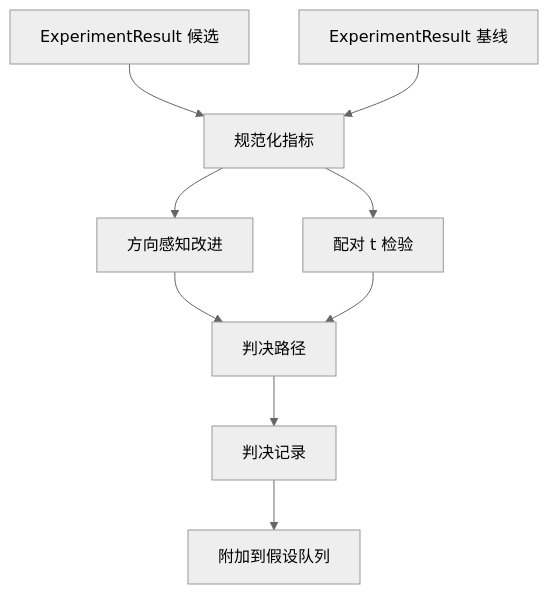
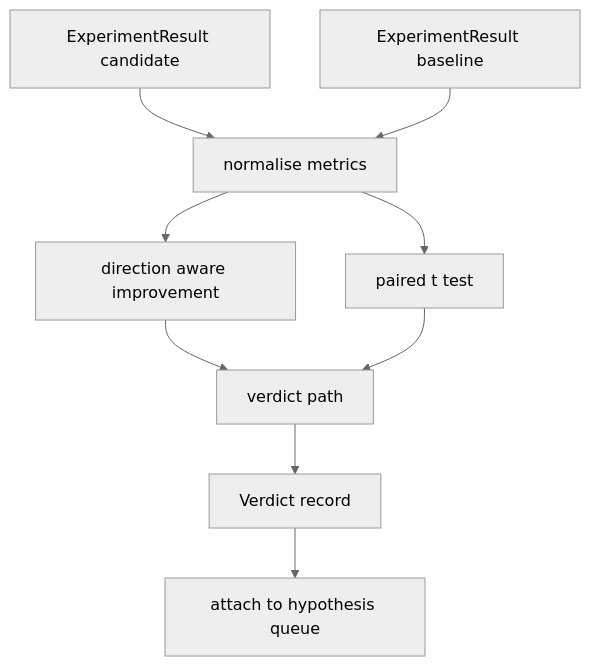
The diagram in i18n/zh/phases/19-capstone-projects/53-result-evaluator/docs/zh.md (xiaojiaenen/ai-engineering-from-scratch-zh), drawn with Mermaid (neutral theme) before and after one commit. The commit also changed other lines of this file and 85 other files, not shown here.

````diff
--- a/i18n/zh/phases/19-capstone-projects/53-result-evaluator/docs/zh.md
+++ b/i18n/zh/phases/19-capstone-projects/53-result-evaluator/docs/zh.md
@@ -55,11 +55,11 @@
 ```mermaid
 flowchart TD
-    A[ExperimentResult 候选] --> N[规范化指标]
-    B[ExperimentResult 基线] --> N
-    N --> I[方向感知改进]
-    N --> T[配对 t 检验]
-    I --> V[判决路径]
+    A[ExperimentResult candidate] --> N[normalise metrics]
+    B[ExperimentResult baseline] --> N
+    N --> I[direction aware improvement]
+    N --> T[paired t test]
+    I --> V[verdict path]
     T --> V
-    V --> O[判决记录]
-    O --> Q[附加到假设队列]
+    V --> O[Verdict record]
+    O --> Q[attach to hypothesis queue]
 ```
````
